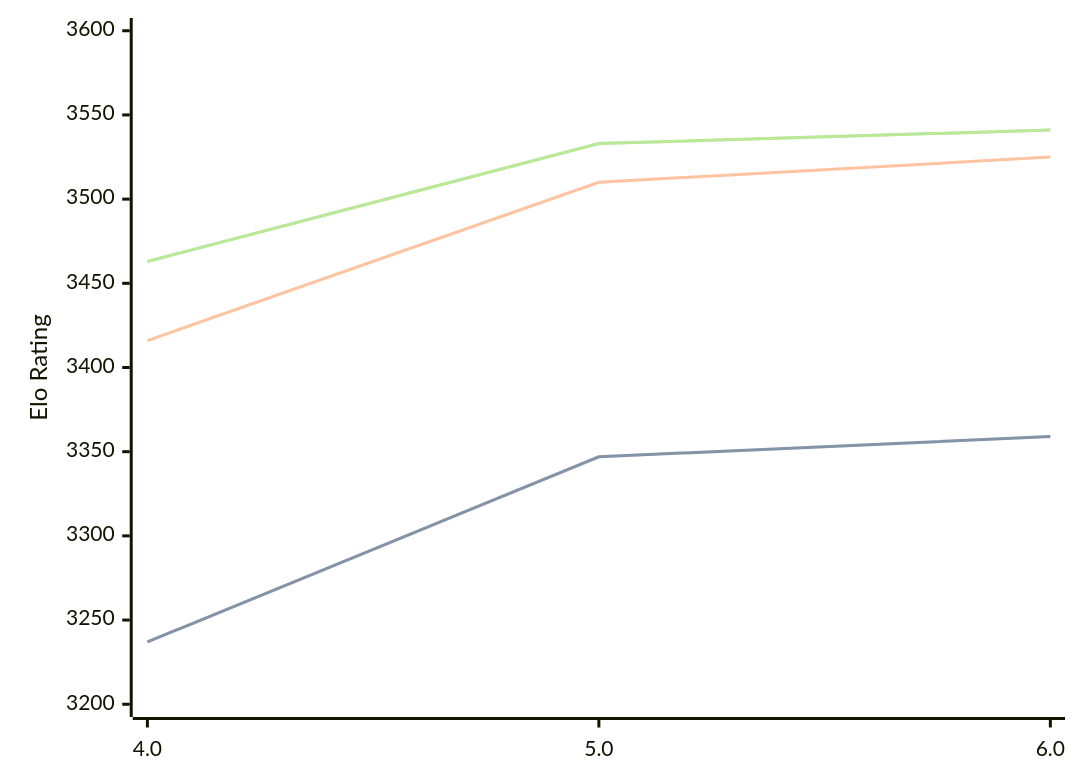
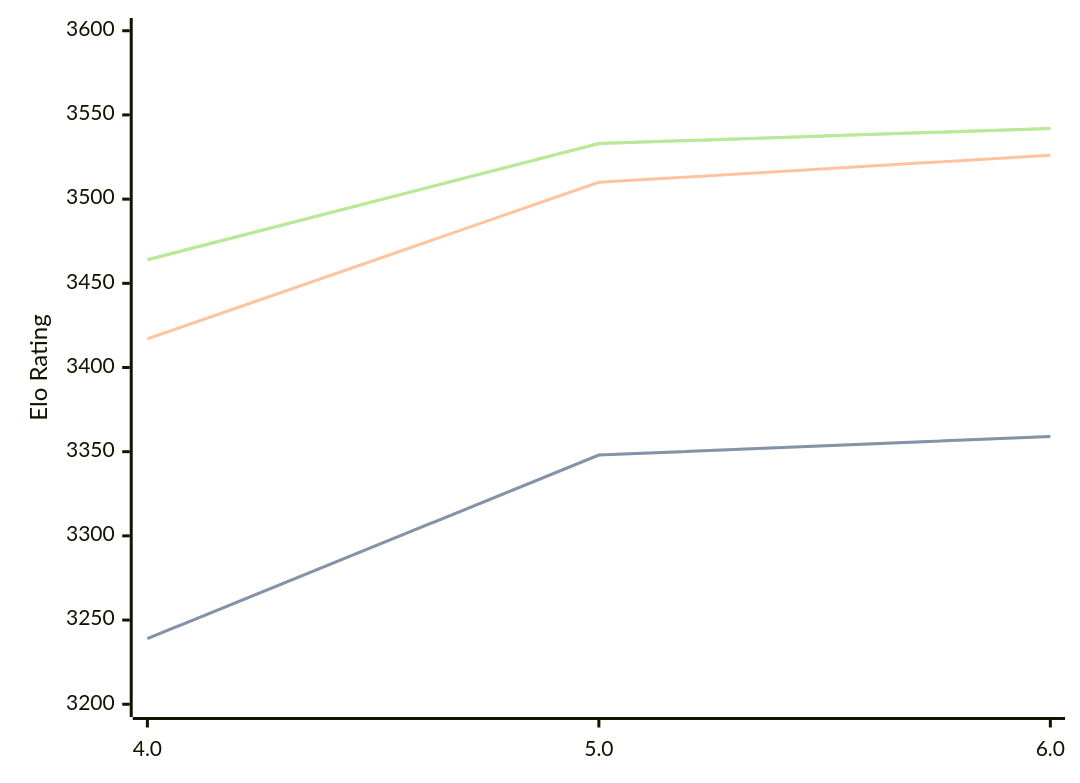
The first of 3 diagrams in engines/Tarnished.md (computer-chess-index/cci), drawn with Mermaid before and after one commit. The commit also changed other lines of this file, not shown here.

Commit message:
Update CCI Ratings (ELO VLTC) - 2026-06-16

````diff
--- a/engines/Tarnished.md
+++ b/engines/Tarnished.md
@@ -37,11 +37,11 @@
 ```mermaid
 %%{init: {"theme":"base","themeVariables":{"seriesColors:['#a3a3a3','#222221','#faa371']}}}%%
 xychart-beta
   x-axis ["4.0", "5.0", "6.0"]
   y-axis "Elo Rating" 3200 --> 3600
-  line "STC (8.0+0.08s)" [3237, 3347, 3359]
-  line "STC (8.0+0.08s)" [3237, 3347, 3359]
-  line "LTC (60.0+0.60s)" [3416, 3510, 3525]
-  line "VLTC (2m24s+1.12s)" [3463, 3533, 3541]
-  line "VLTC (2m24s+1.12s)" [3463, 3533, 3541]
+  line "STC (8.0+0.08s)" [3239, 3348, 3359]
+  line "STC (8.0+0.08s)" [3239, 3348, 3359]
+  line "LTC (60.0+0.60s)" [3417, 3510, 3526]
+  line "VLTC (2m24s+1.12s)" [3464, 3533, 3542]
+  line "VLTC (2m24s+1.12s)" [3464, 3533, 3542]
 ```
````
